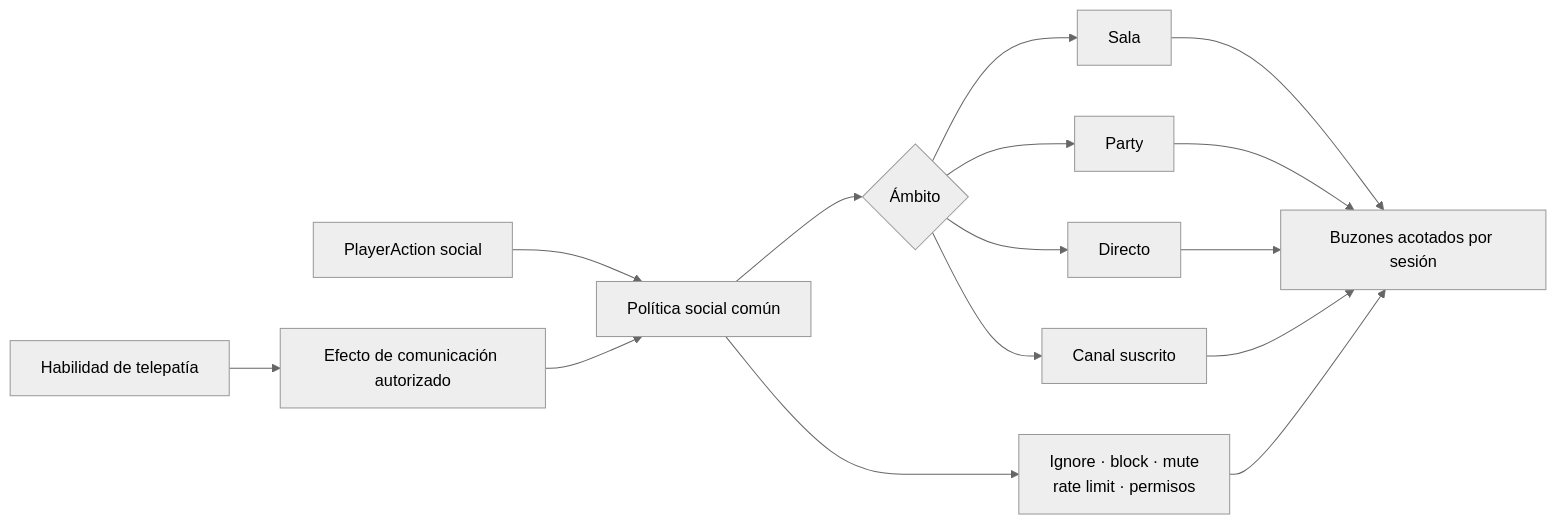
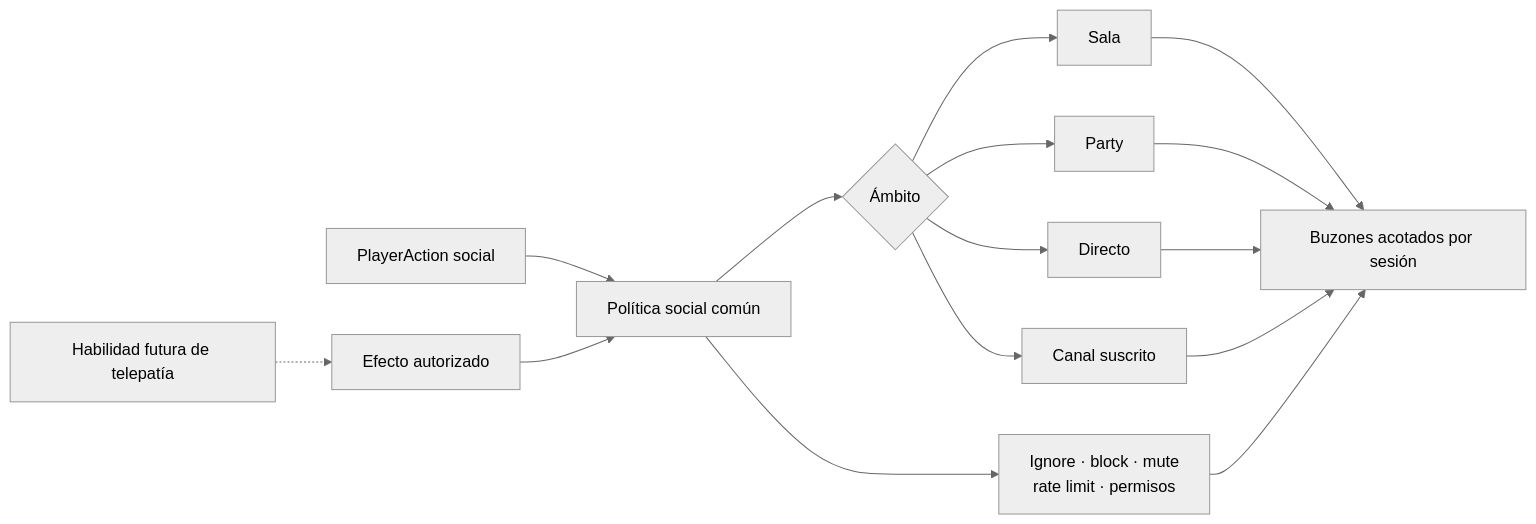
The first of 3 diagrams in docs/design/social-staff-and-loot-roadmap.md (hyukudan/tiamud), drawn with Mermaid (neutral theme) before and after one commit. The commit also changed other lines of this file and 29 other files, not shown here.

````diff
--- a/docs/design/social-staff-and-loot-roadmap.md
+++ b/docs/design/social-staff-and-loot-roadmap.md
@@ -121,20 +142,20 @@
 ```mermaid
 flowchart LR
-    accTitle: Enrutamiento objetivo de las comunicaciones de Tiamud
-    accDescr: Acciones de texto y efectos de telepatía autorizados entran en una política social común, que calcula destinatarios, aplica bloqueos y límites y entrega únicamente a buzones de sesión autorizados.
+    accTitle: Enrutamiento actual y futuro de las comunicaciones de Tiamud
+    accDescr: Las acciones de texto implementadas entran en una política social común que calcula destinatarios, aplica bloqueos y límites y entrega solo a buzones autorizados. La telepatía sigue siendo una ampliación futura que deberá reutilizar la misma política.
 
     Text[PlayerAction social] --> Policy[Política social común]
-    Ability[Habilidad de telepatía] --> Effect[Efecto de comunicación autorizado]
+    Ability[Habilidad futura de telepatía] -.-> Effect[Efecto autorizado]
     Effect --> Policy
     Policy --> Audience{Ámbito}
     Audience --> Room[Sala]
     Audience --> Party[Party]
     Audience --> Direct[Directo]
     Audience --> Channel[Canal suscrito]
     Policy --> Safety[Ignore · block · mute<br/>rate limit · permisos]
     Room --> Delivery[Buzones acotados por sesión]
     Party --> Delivery
     Direct --> Delivery
     Channel --> Delivery
     Safety --> Delivery
 ```
````
